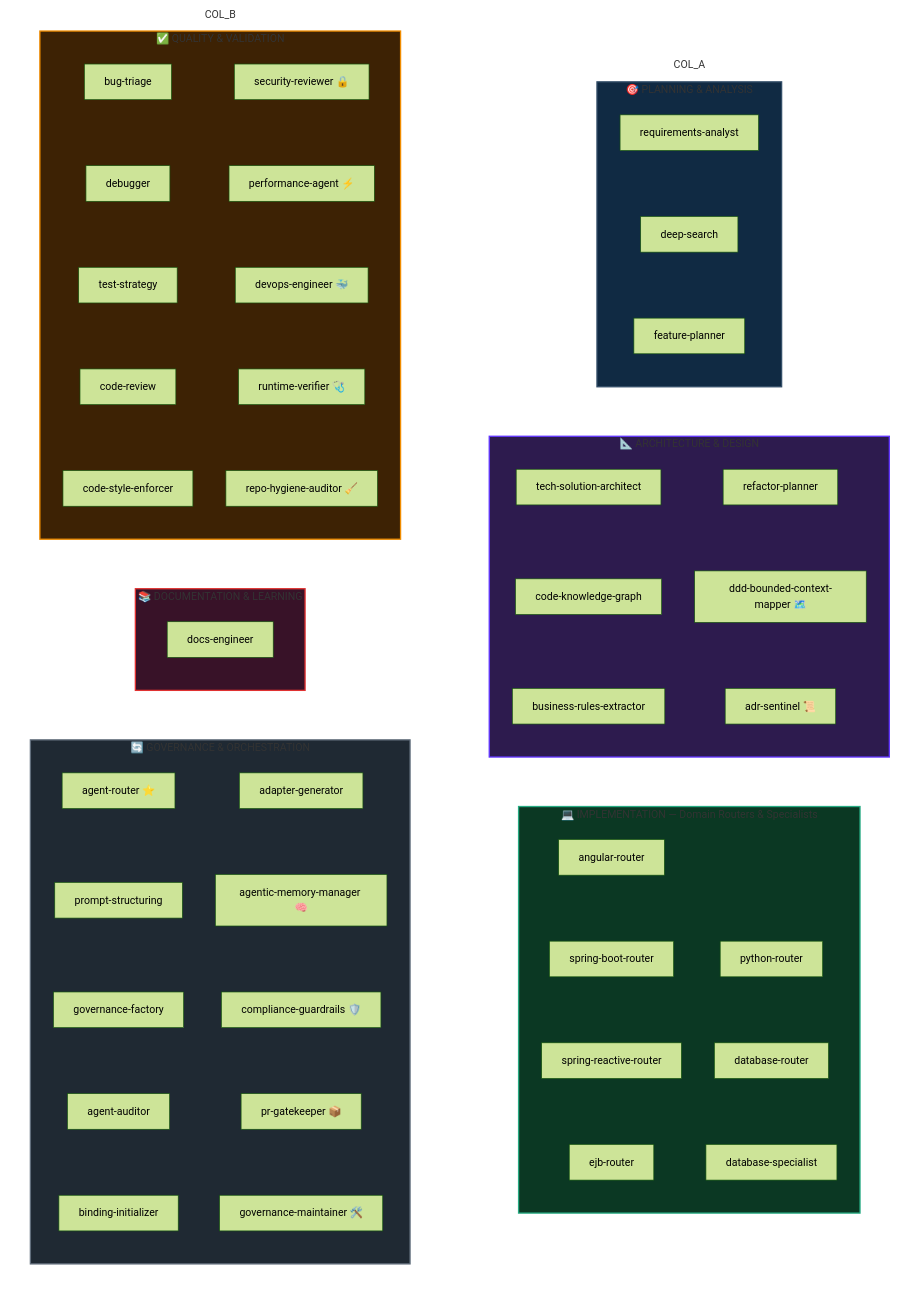
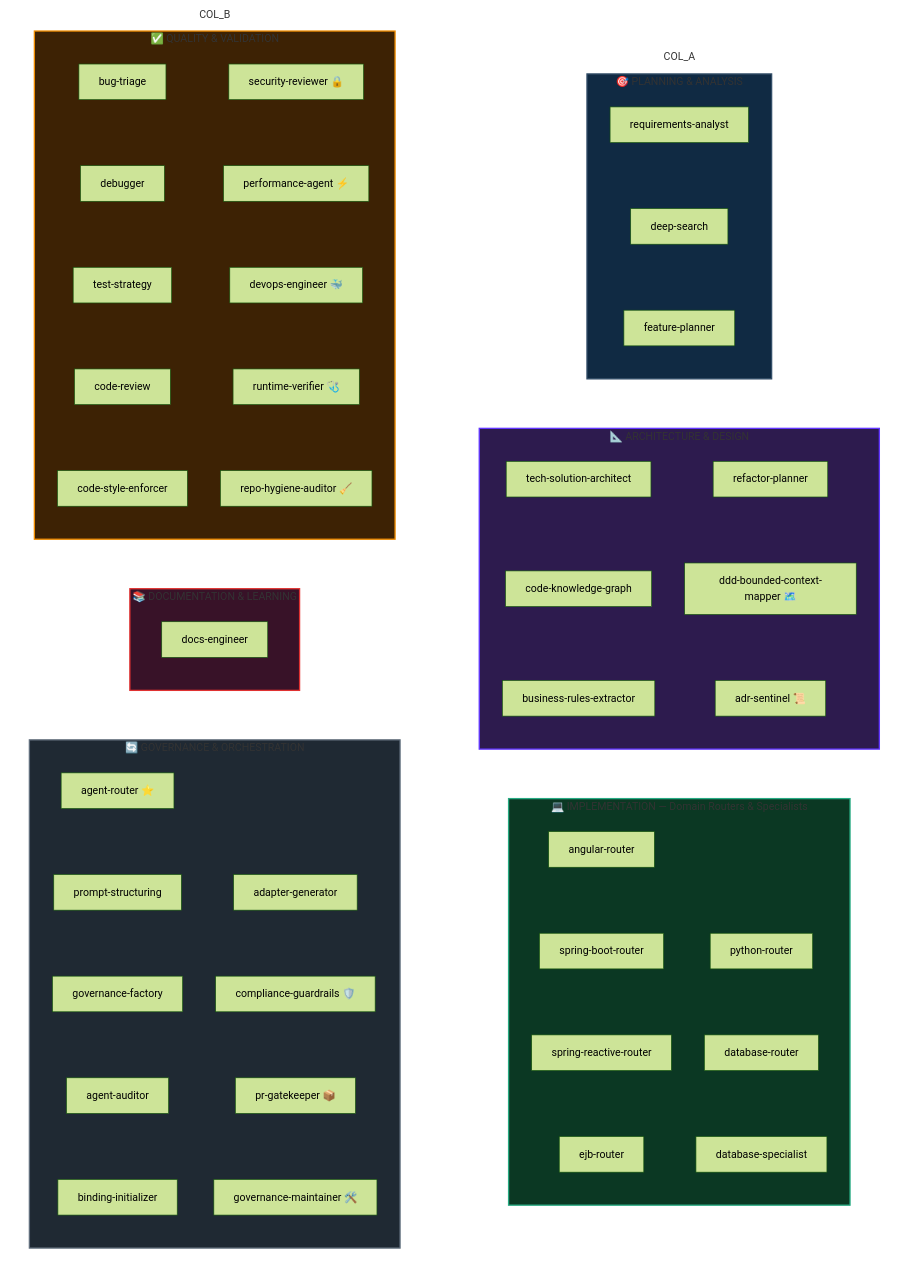
The second of 2 diagrams in README.md (jezreel8858/deep-agents-copilot), drawn with Mermaid (forest theme) before and after one commit. The commit also changed other lines of this file and 12 other files, not shown here.

First line of the commit message:
refactor(governance): descomissionar e higienizar agentic-memory-manager

````diff
--- a/README.md
+++ b/README.md
@@ -250,56 +250,56 @@
 ```mermaid
 flowchart TB
     subgraph COL_A
         direction TB
         subgraph CAT1["🎯 PLANNING &amp; ANALYSIS"]
             direction TB
             A1[requirements-analyst] ~~~ A2[deep-search] ~~~ A3[feature-planner]
         end
 
         subgraph CAT2["📐 ARCHITECTURE &amp; DESIGN"]
             direction TB
             B1[tech-solution-architect] ~~~ B2[code-knowledge-graph] ~~~ B3[business-rules-extractor]
             B4[refactor-planner] ~~~ B5["ddd-bounded-context-mapper 🗺️"] ~~~ B6["adr-sentinel 📜"]
         end
 
         subgraph CAT3["💻 IMPLEMENTATION — Domain Routers &amp; Specialists"]
             direction TB
             C1[angular-router] ~~~ C2[spring-boot-router] ~~~ C3[spring-reactive-router] ~~~ C4[ejb-router]
             C5[python-router] ~~~ C6[database-router] ~~~ C7[database-specialist]
         end
 
         CAT1 ~~~ CAT2 ~~~ CAT3
     end
 
     subgraph COL_B
         direction TB
         subgraph CAT4["✅ QUALITY &amp; VALIDATION"]
             direction TB
             D1[bug-triage] ~~~ D2[debugger] ~~~ D3[test-strategy] ~~~ D4[code-review] ~~~ D5[code-style-enforcer]
             D6["security-reviewer 🔒"] ~~~ D7["performance-agent ⚡"] ~~~ D8["devops-engineer 🐳"] ~~~ D9["runtime-verifier 🩺"] ~~~ D10["repo-hygiene-auditor 🧹"]
         end
 
         subgraph CAT5["📚 DOCUMENTATION &amp; LEARNING"]
             direction TB
             E1[docs-engineer]
         end
 
         subgraph CAT6["🔄 GOVERNANCE &amp; ORCHESTRATION"]
             direction TB
             F1["agent-router ⭐"] ~~~ F2[prompt-structuring] ~~~ F3[governance-factory] ~~~ F4[agent-auditor] ~~~ F5[binding-initializer]
-            F6[adapter-generator] ~~~ F7["agentic-memory-manager 🧠"] ~~~ F8["compliance-guardrails 🛡️"] ~~~ F9["pr-gatekeeper 📦"] ~~~ F10["governance-maintainer 🛠️"]
+            F6[adapter-generator] ~~~ F8["compliance-guardrails 🛡️"] ~~~ F9["pr-gatekeeper 📦"] ~~~ F10["governance-maintainer 🛠️"]
         end
 
         CAT4 ~~~ CAT5 ~~~ CAT6
     end
 
     style COL_A fill:none,stroke:none
     style COL_B fill:none,stroke:none
 
     style CAT1 fill:#102a43,stroke:#334e68,stroke-width:2px
     style CAT2 fill:#2d1b4e,stroke:#6236ff,stroke-width:2px
     style CAT3 fill:#0b3823,stroke:#27ab83,stroke-width:2px
     style CAT4 fill:#3d2204,stroke:#f08c00,stroke-width:2px
     style CAT5 fill:#381228,stroke:#e03131,stroke-width:2px
     style CAT6 fill:#1f2933,stroke:#616e7c,stroke-width:2px
 ```
````
